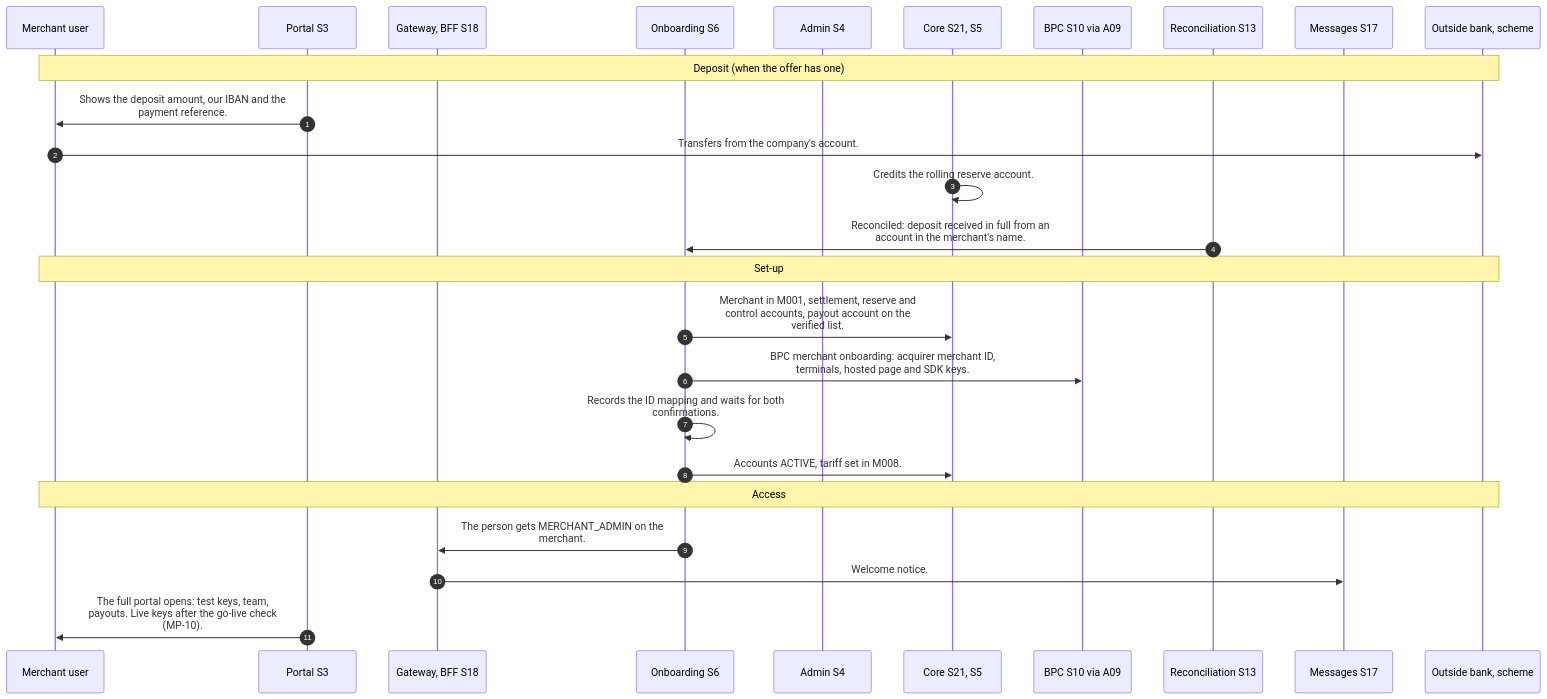
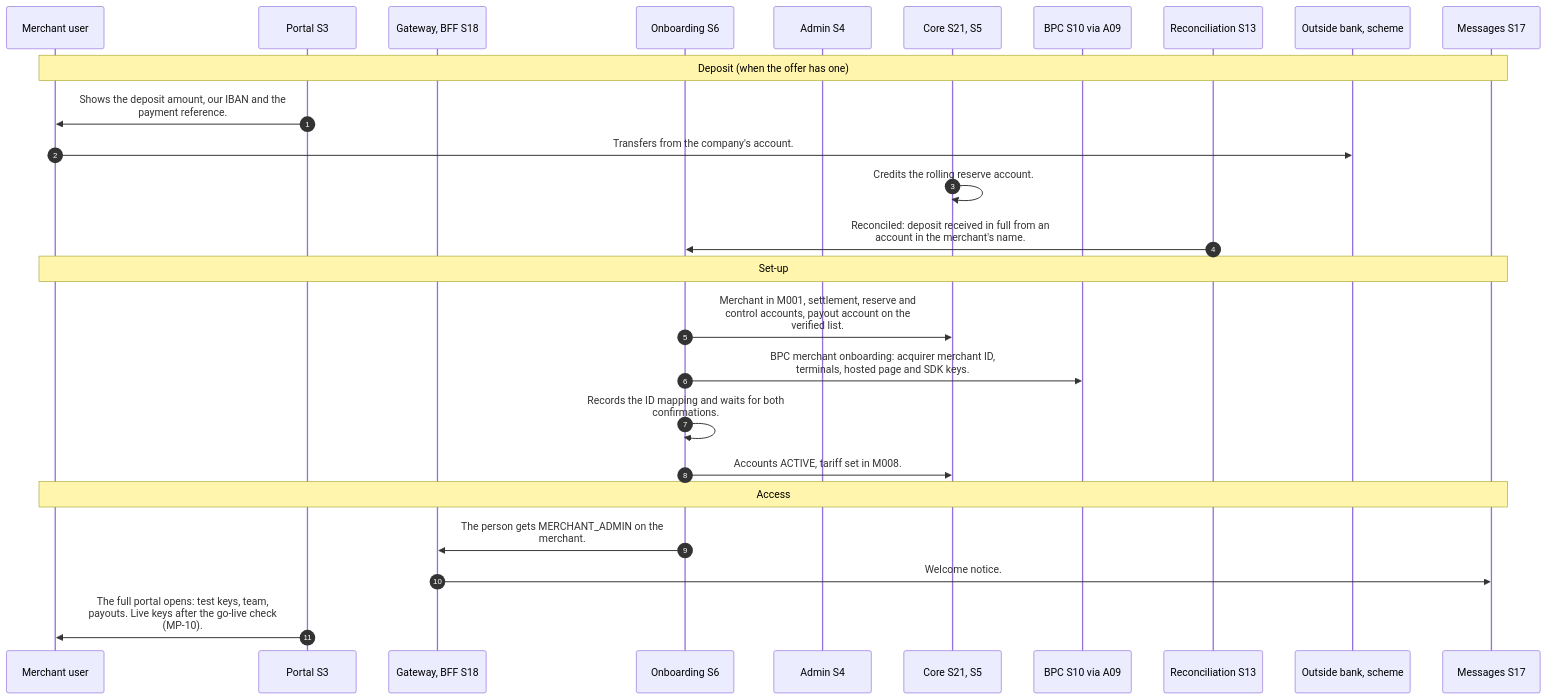
One commit to paytinno/merchant-portal-workflows changed the first of 2 diagrams in docs/workflows/MP-09-deposit-set-up-and-activation.md. Above: the diagram before and after it, drawn with Mermaid. The commit also changed other lines of this file and 9 other files, not shown here.

````diff
--- a/docs/workflows/MP-09-deposit-set-up-and-activation.md
+++ b/docs/workflows/MP-09-deposit-set-up-and-activation.md
@@ -22,28 +22,28 @@
 ```mermaid
 sequenceDiagram
   autonumber
   participant MER as Merchant user
   participant S3 as Portal S3
   participant S18 as Gateway, BFF S18
   participant S6 as Onboarding S6
   participant S4 as Admin S4
   participant S21 as Core S21, S5
   participant S10 as BPC S10 via A09
   participant S13 as Reconciliation S13
+  participant EXT as Outside bank, scheme
   participant S17 as Messages S17
-  participant EXT as Outside bank, scheme
-  Note over MER,EXT: Deposit (when the offer has one)
+  Note over MER,S17: Deposit (when the offer has one)
   S3->>MER: Shows the deposit amount, our IBAN and the<br/>payment reference.
   MER->>EXT: Transfers from the company's account.
   S21->>S21: Credits the rolling reserve account.
   S13->>S6: Reconciled: deposit received in full from an<br/>account in the merchant's name.
-  Note over MER,EXT: Set-up
+  Note over MER,S17: Set-up
   S6->>S21: Merchant in M001, settlement, reserve and<br/>control accounts, payout account on the<br/>verified list.
   S6->>S10: BPC merchant onboarding: acquirer merchant ID,<br/>terminals, hosted page and SDK keys.
   S6->>S6: Records the ID mapping and waits for both<br/>confirmations.
   S6->>S21: Accounts ACTIVE, tariff set in M008.
-  Note over MER,EXT: Access
+  Note over MER,S17: Access
   S6->>S18: The person gets MERCHANT_ADMIN on the<br/>merchant.
   S18->>S17: Welcome notice.
   S3->>MER: The full portal opens: test keys, team,<br/>payouts. Live keys after the go-live check<br/>(MP-10).
 ```
````
